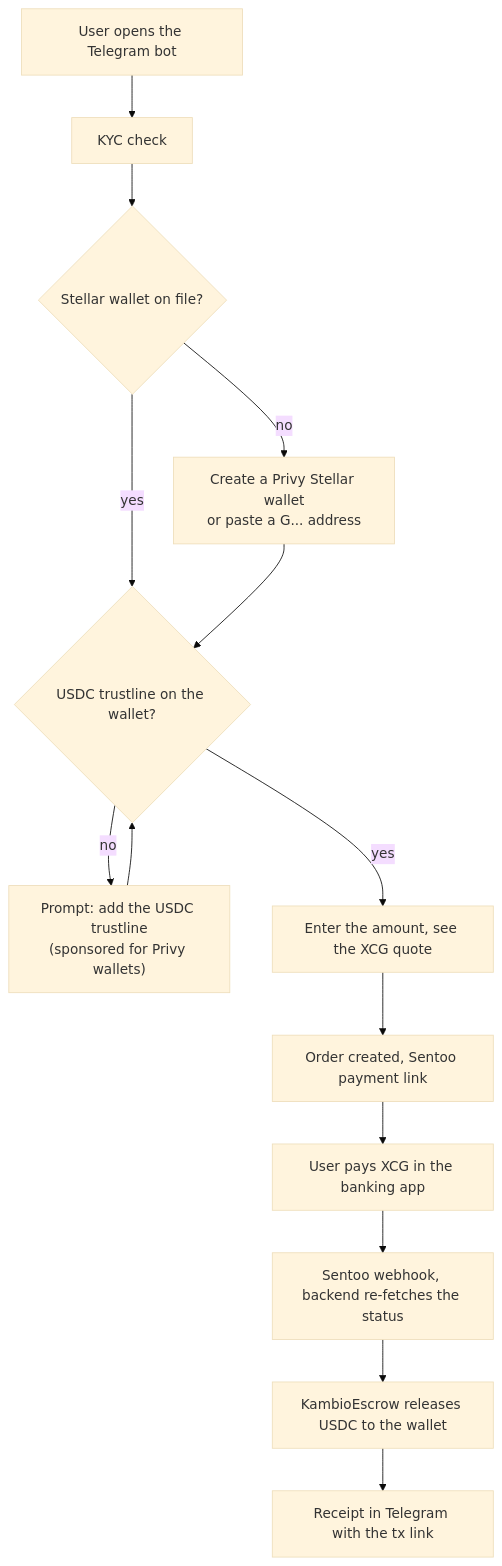
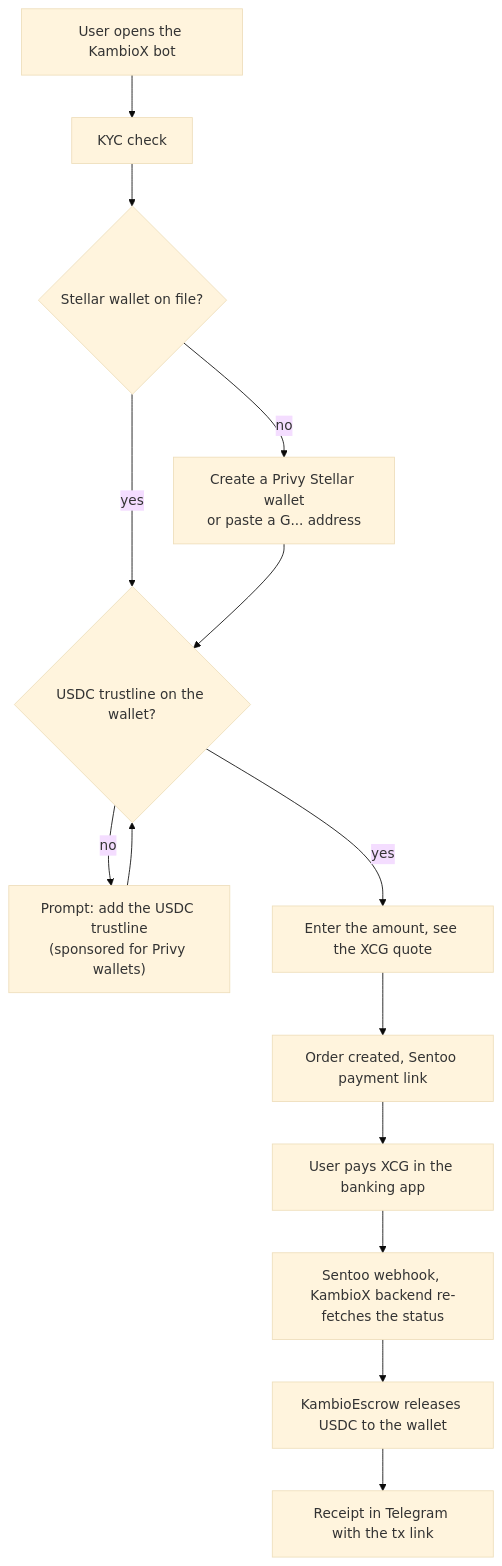
Before and after one commit to BreadchainCoop/curacao-crypto-onramp-bot: the first of 8 diagrams in contracts/stellar/ARCHITECTURE.md, drawn with Mermaid (base theme). The commit also changed other lines of this file, not shown here.

Commit message:
docs(stellar): name the KambioX bot and backend in the diagrams

````diff
--- a/contracts/stellar/ARCHITECTURE.md
+++ b/contracts/stellar/ARCHITECTURE.md
@@ -15,16 +15,16 @@
 ```mermaid
 flowchart TD
-  A["User opens the Telegram bot"] --> B["KYC check"]
+  A["User opens the KambioX bot"] --> B["KYC check"]
   B --> C{"Stellar wallet on file?"}
   C -->|no| D["Create a Privy Stellar wallet<br/>or paste a G... address"]
   C -->|yes| E
   D --> E{"USDC trustline on the wallet?"}
   E -->|no| F["Prompt: add the USDC trustline<br/>(sponsored for Privy wallets)"]
   F --> E
   E -->|yes| G["Enter the amount, see the XCG quote"]
   G --> H["Order created, Sentoo payment link"]
   H --> I["User pays XCG in the banking app"]
-  I --> J["Sentoo webhook, backend re-fetches the status"]
+  I --> J["Sentoo webhook, KambioX backend re-fetches the status"]
   J --> K["KambioEscrow releases USDC to the wallet"]
   K --> L["Receipt in Telegram with the tx link"]
 ```
````
